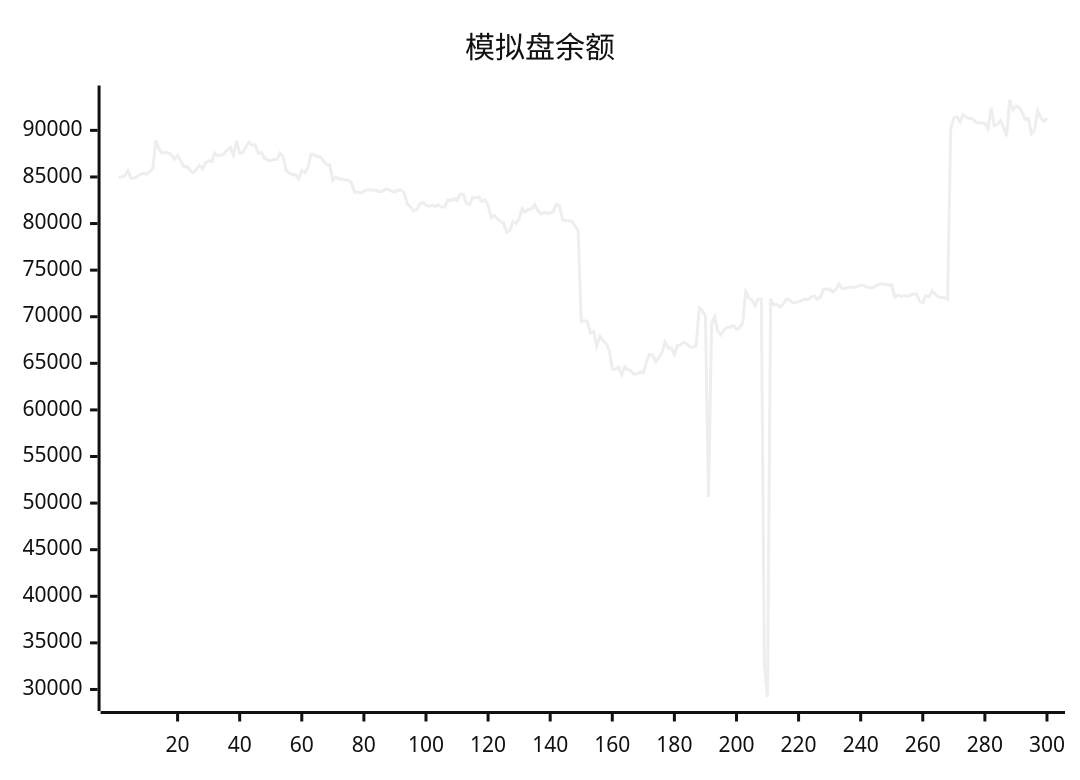
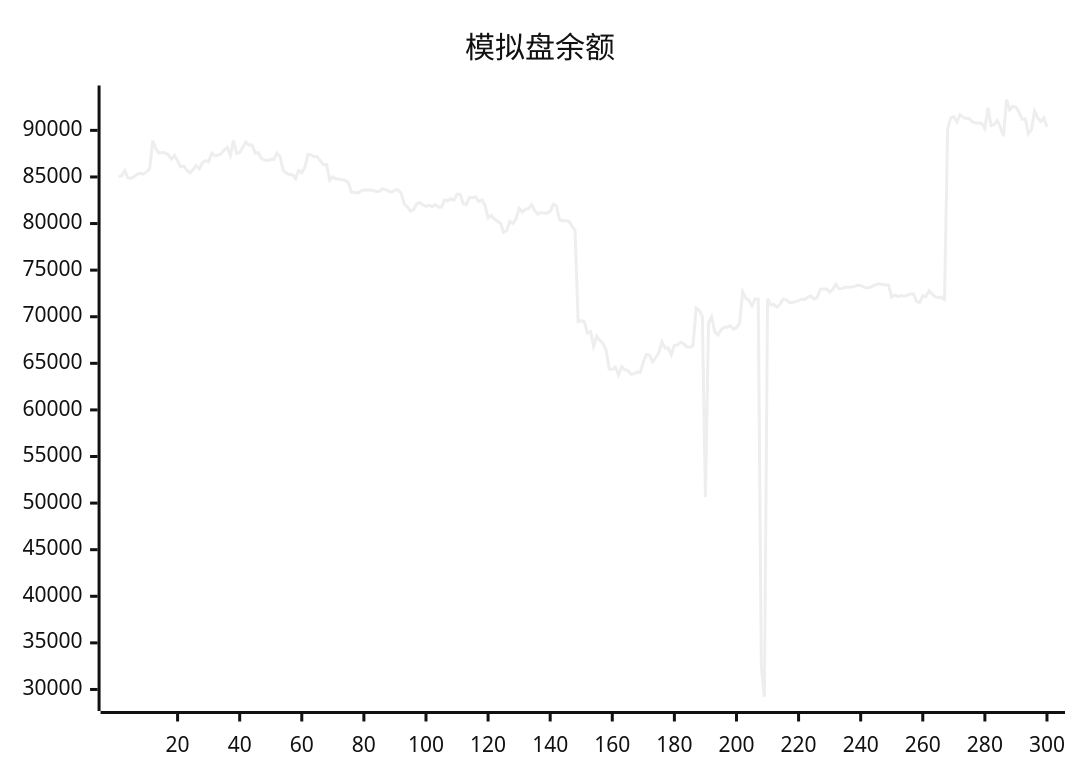
One commit to aahl/ai-trading changed the diagram in README.md. Above: the diagram before and after it, drawn with Mermaid (neutral theme). The commit also changed other lines of this file and 1 other file, not shown here.

````diff
--- a/README.md
+++ b/README.md
@@ -5,5 +5,5 @@
 ```mermaid
 xychart
     title "模拟盘余额"
-    line [84981,85004,85131,85674,84891,84864,85019,85284,85393,85294,85538,85894,88904,88012,87567,87625,87568,87386,86920,87313,86737,86094,86143,85725,85437,85787,86219,85859,86526,86740,86630,87563,87264,87335,87483,87886,88180,87335,88894,87544,87608,88207,88755,88401,88444,87543,87608,87000,86810,86740,86894,86884,87576,87209,85686,85435,85251,85255,84820,85689,85453,86066,87420,87373,87161,87178,86740,86341,86315,84643,85012,84772,84768,84690,84635,84376,83360,83357,83259,83474,83608,83606,83602,83548,83440,83454,83724,83644,83464,83365,83590,83592,83275,82072,81806,81344,81492,82109,82254,82006,81848,81955,81829,82022,81769,81776,82522,82441,82656,82498,83144,83144,82150,82038,82797,82763,82872,82367,82536,81981,80612,80862,80484,80242,80034,79063,79245,80226,80016,80507,81625,81233,81544,81578,82016,81401,81019,81186,81130,81118,81306,82066,81909,80392,80304,80291,80258,79729,79261,69466,69579,69456,68251,68415,66832,67911,67462,67144,66432,64380,64375,64606,63740,64647,64324,64216,63842,63877,64078,64008,65156,65945,65888,65157,65625,66144,67284,66653,66639,65924,66925,66956,67263,67108,66766,66729,66886,70927,70673,70049,50652,69334,69973,68400,68061,68578,68876,68879,69055,68662,68822,69329,72687,71999,71760,71162,71911,71896,32500,29218,71927,71297,71305,71044,71337,71883,71822,71536,71536,71622,71723,71880,71860,72100,72216,71887,72077,72940,72976,72966,72638,72948,73497,73004,73041,73173,73160,73186,73258,73375,73351,73173,73098,73161,73305,73474,73536,73457,73413,73412,72100,72333,72164,72272,72204,72285,72461,72421,71652,71521,72267,72157,72774,72424,72144,72060,72091,71858,90185,91338,91466,90900,91678,91404,91268,91244,90903,90779,90787,90721,90187,92429,90518,90619,91070,90328,89376,93286,92202,92581,92485,91947,91196,91259,89619,90086,92063,91355,90950,91327]
+    line [85004,85131,85674,84891,84864,85019,85284,85393,85294,85538,85894,88904,88012,87567,87625,87568,87386,86920,87313,86737,86094,86143,85725,85437,85787,86219,85859,86526,86740,86630,87563,87264,87335,87483,87886,88180,87335,88894,87544,87608,88207,88755,88401,88444,87543,87608,87000,86810,86740,86894,86884,87576,87209,85686,85435,85251,85255,84820,85689,85453,86066,87420,87373,87161,87178,86740,86341,86315,84643,85012,84772,84768,84690,84635,84376,83360,83357,83259,83474,83608,83606,83602,83548,83440,83454,83724,83644,83464,83365,83590,83592,83275,82072,81806,81344,81492,82109,82254,82006,81848,81955,81829,82022,81769,81776,82522,82441,82656,82498,83144,83144,82150,82038,82797,82763,82872,82367,82536,81981,80612,80862,80484,80242,80034,79063,79245,80226,80016,80507,81625,81233,81544,81578,82016,81401,81019,81186,81130,81118,81306,82066,81909,80392,80304,80291,80258,79729,79261,69466,69579,69456,68251,68415,66832,67911,67462,67144,66432,64380,64375,64606,63740,64647,64324,64216,63842,63877,64078,64008,65156,65945,65888,65157,65625,66144,67284,66653,66639,65924,66925,66956,67263,67108,66766,66729,66886,70927,70673,70049,50652,69334,69973,68400,68061,68578,68876,68879,69055,68662,68822,69329,72687,71999,71760,71162,71911,71896,32500,29218,71927,71297,71305,71044,71337,71883,71822,71536,71536,71622,71723,71880,71860,72100,72216,71887,72077,72940,72976,72966,72638,72948,73497,73004,73041,73173,73160,73186,73258,73375,73351,73173,73098,73161,73305,73474,73536,73457,73413,73412,72100,72333,72164,72272,72204,72285,72461,72421,71652,71521,72267,72157,72774,72424,72144,72060,72091,71858,90185,91338,91466,90900,91678,91404,91268,91244,90903,90779,90787,90721,90187,92429,90518,90619,91070,90328,89376,93286,92202,92581,92485,91947,91196,91259,89619,90086,92063,91355,90950,91327,90373]
 ```
````
